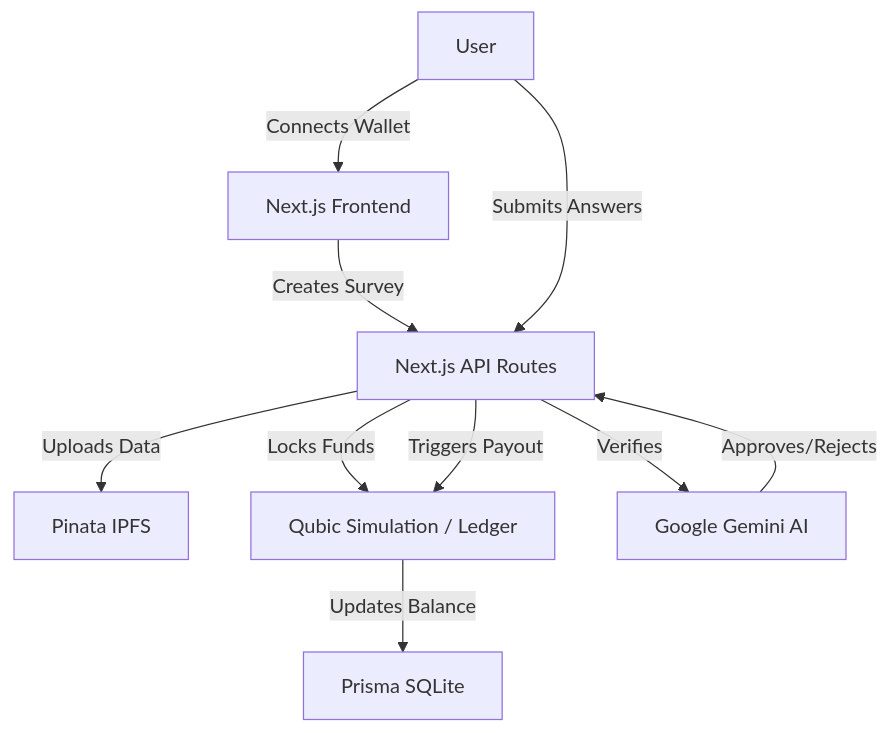
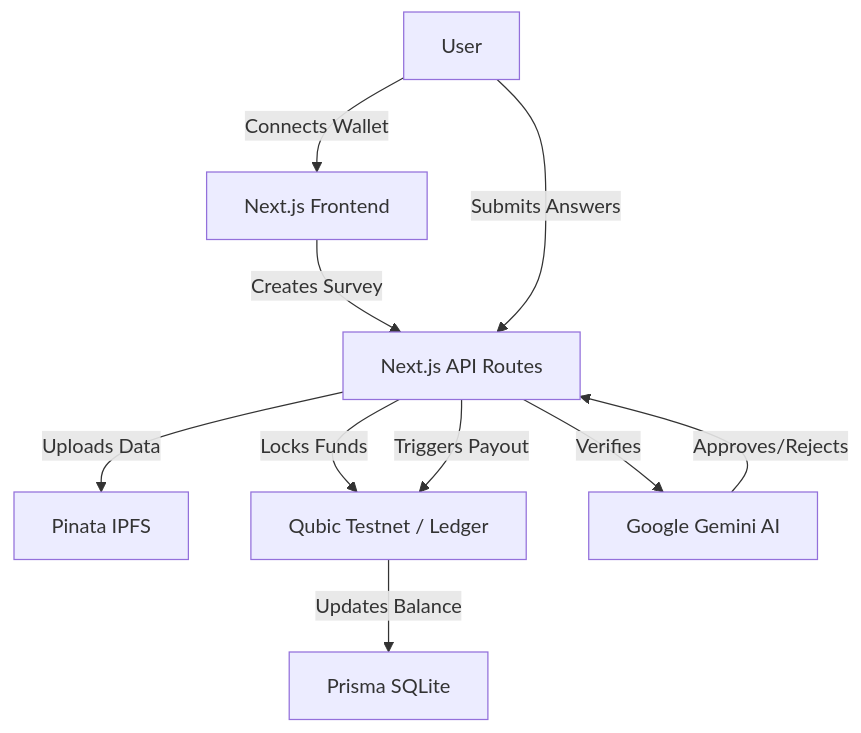
One commit to IanLaFlair/QSurv changed the diagram in README.md. Above: the diagram before and after it, drawn with Mermaid. The commit also changed other lines of this file, not shown here.

Commit message:
docs: update README with hackathon details and testnet terminology

````diff
--- a/README.md
+++ b/README.md
@@ -19,13 +19,13 @@
 ```mermaid
 graph TD
     User[User] -->|Connects Wallet| Frontend[Next.js Frontend]
     Frontend -->|Creates Survey| API[Next.js API Routes]
     API -->|Uploads Data| IPFS[Pinata IPFS]
-    API -->|Locks Funds| Simulation[Qubic Simulation / Ledger]
+    API -->|Locks Funds| Testnet[Qubic Testnet / Ledger]
     
     User -->|Submits Answers| API
     API -->|Verifies| AI[Google Gemini AI]
     AI -->|Approves/Rejects| API
-    API -->|Triggers Payout| Simulation
-    Simulation -->|Updates Balance| DB[Prisma SQLite]
+    API -->|Triggers Payout| Testnet
+    Testnet -->|Updates Balance| DB[Prisma SQLite]
 ```
````
